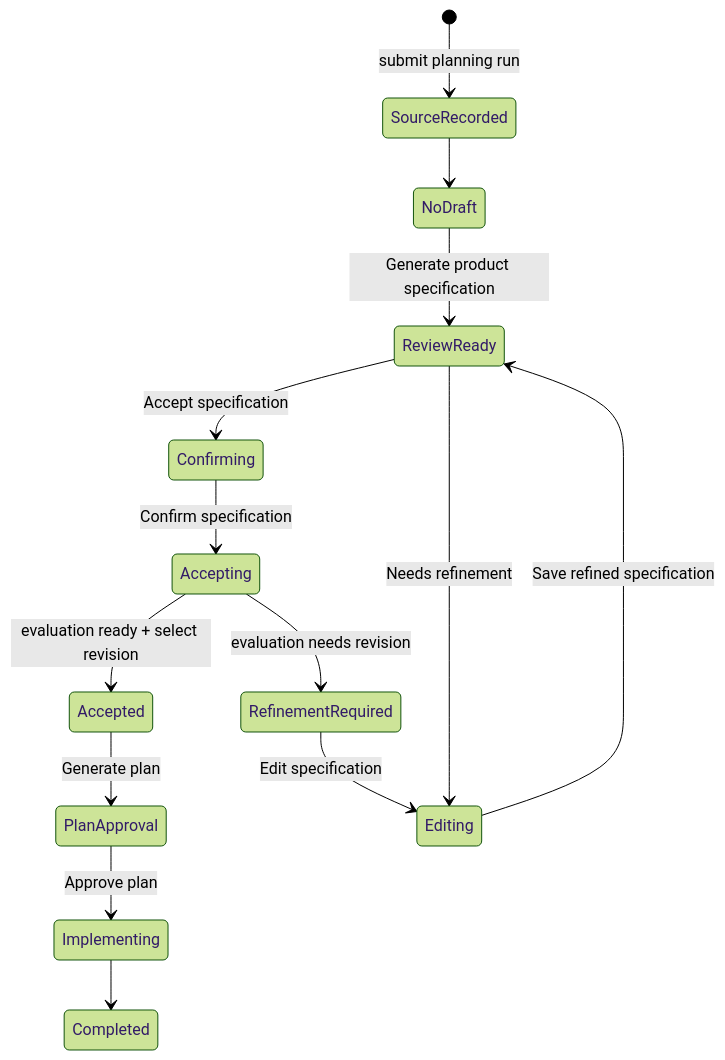
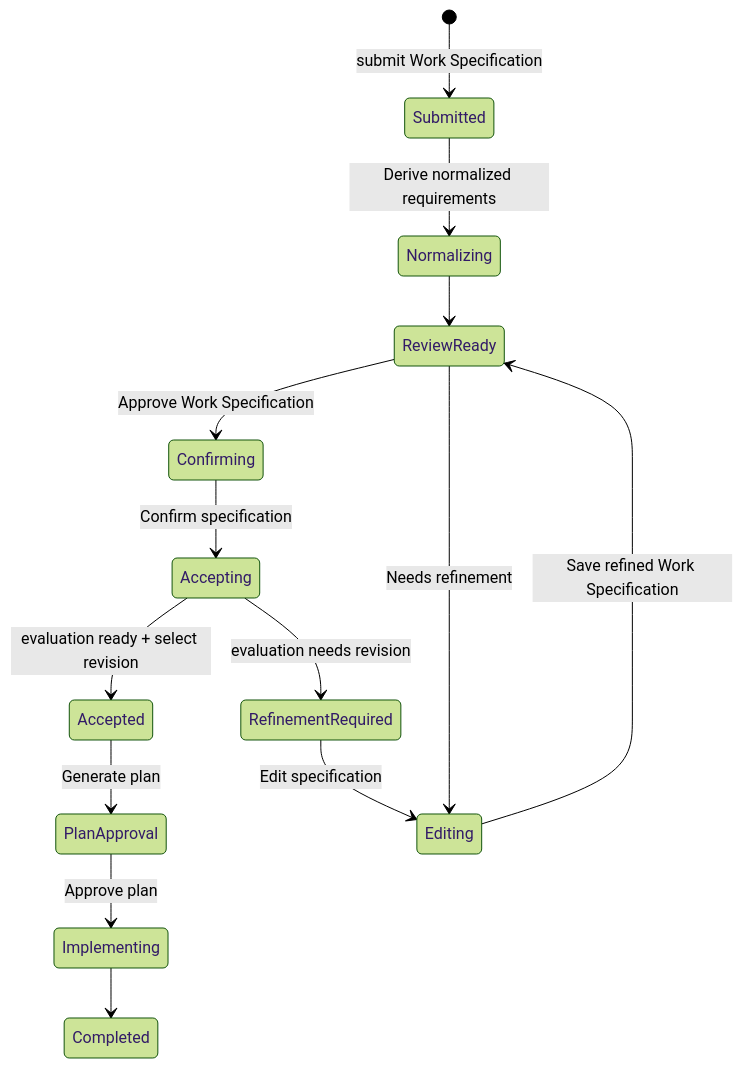
The diagram in docs/specification-evaluation-lifecycle.md (crmagz/cogito), drawn with Mermaid (forest theme) before and after one commit. The commit also changed other lines of this file and 8 other files, not shown here.

Commit message:
feat(workflow): unify work specification workspace

````diff
--- a/docs/specification-evaluation-lifecycle.md
+++ b/docs/specification-evaluation-lifecycle.md
@@ -11,16 +12,16 @@
 ```mermaid
 stateDiagram-v2
-    [*] --> SourceRecorded: submit planning run
-    SourceRecorded --> NoDraft
-    NoDraft --> ReviewReady: Generate product specification
-    ReviewReady --> Confirming: Accept specification
+    [*] --> Submitted: submit Work Specification
+    Submitted --> Normalizing: Derive normalized requirements
+    Normalizing --> ReviewReady
+    ReviewReady --> Confirming: Approve Work Specification
     ReviewReady --> Editing: Needs refinement
-    Editing --> ReviewReady: Save refined specification
+    Editing --> ReviewReady: Save refined Work Specification
     Confirming --> Accepting: Confirm specification
     Accepting --> Accepted: evaluation ready + select revision
     Accepting --> RefinementRequired: evaluation needs revision
     RefinementRequired --> Editing: Edit specification
     Accepted --> PlanApproval: Generate plan
     PlanApproval --> Implementing: Approve plan
     Implementing --> Completed
 ```
````
